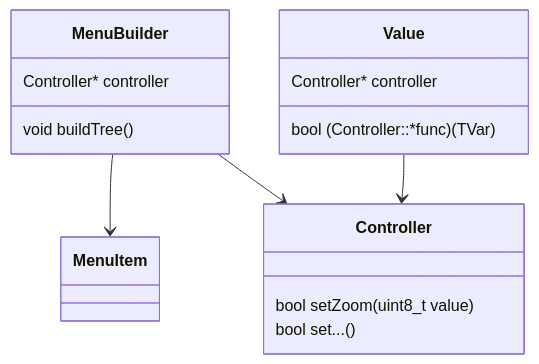
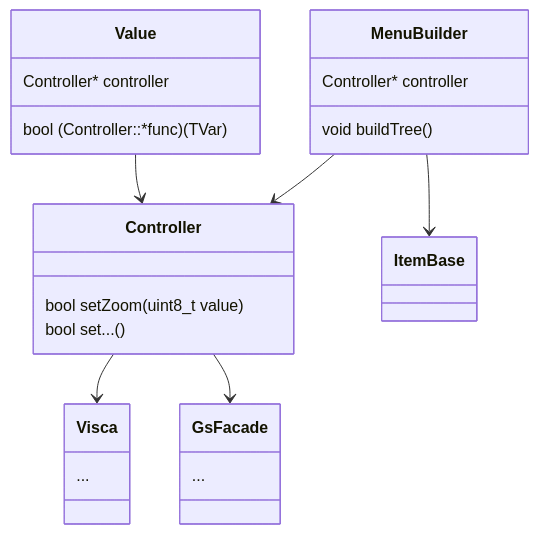
One commit to vesmil/Seimar-project changed the third of 4 diagrams in notes.md. Above: the diagram before and after it, drawn with Mermaid. The commit also changed other lines of this file and 8 other files, not shown here.

````diff
--- a/notes.md
+++ b/notes.md
@@ -181,21 +180,31 @@
 ```mermaid
 classDiagram
 	class MenuBuilder{
 		Controller* controller
 		void buildTree()
 	}
 	
 	class Controller {
 		bool setZoom(uint8_t value)
 		bool set...()
 	}
 
 	class Value {
 		bool (Controller::*func) (TVar)
 		Controller* controller
 	}
 	
-	MenuBuilder --> MenuItem
+    class Visca {
+		...
+	}
+	
+	class GsFacade {
+		...
+	}
+	
+	MenuBuilder --> ItemBase
 	Value --> Controller
     MenuBuilder --> Controller
+    Controller --> Visca
+    Controller --> GsFacade
 ```
````
